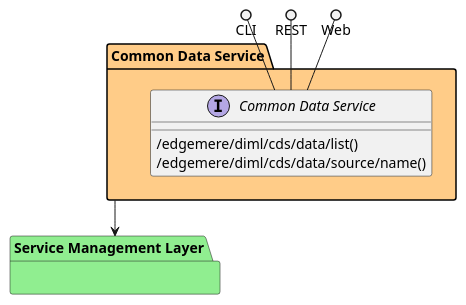
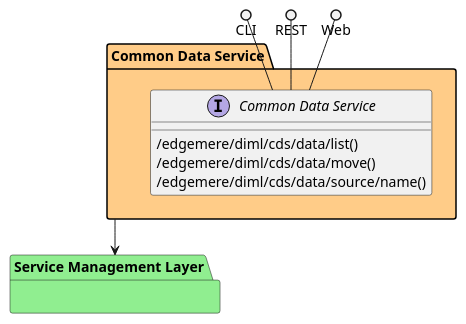
One commit to madajaju/edgemere changed the diagram in docs/edgemere/diml/cds/logical.puml. Above: the diagram before and after it, drawn with PlantUML. The commit also changed 1199 other files, not shown here.

```diff
--- a/docs/edgemere/diml/cds/logical.puml
+++ b/docs/edgemere/diml/cds/logical.puml
@@ -1,29 +1,30 @@
 @startuml
 
 
 package "Service Management Layer" #lightgreen {
     }
 
 
 package "Common Data Service" #ffcc88 {
 
     interface "Common Data Service" as i {
             /edgemere/diml/cds/data/list()
+            /edgemere/diml/cds/data/move()
             /edgemere/diml/cds/data/source/name()
     
     }
 }
 
 CLI ()-- i
 REST ()-- i
 Web ()-- i
 
 package "Common Data Service" #ffcc88 {
     
 }
 
 
     "Common Data Service" --> "Service Management Layer"
 
 
 @enduml
```
